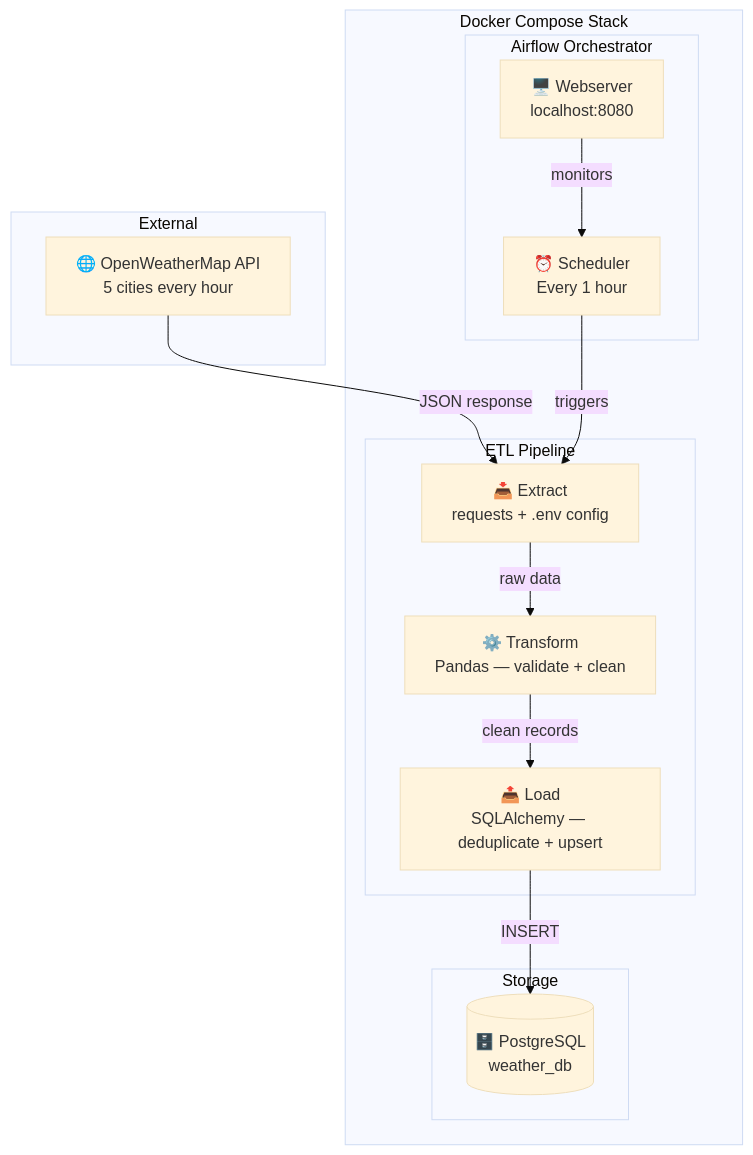
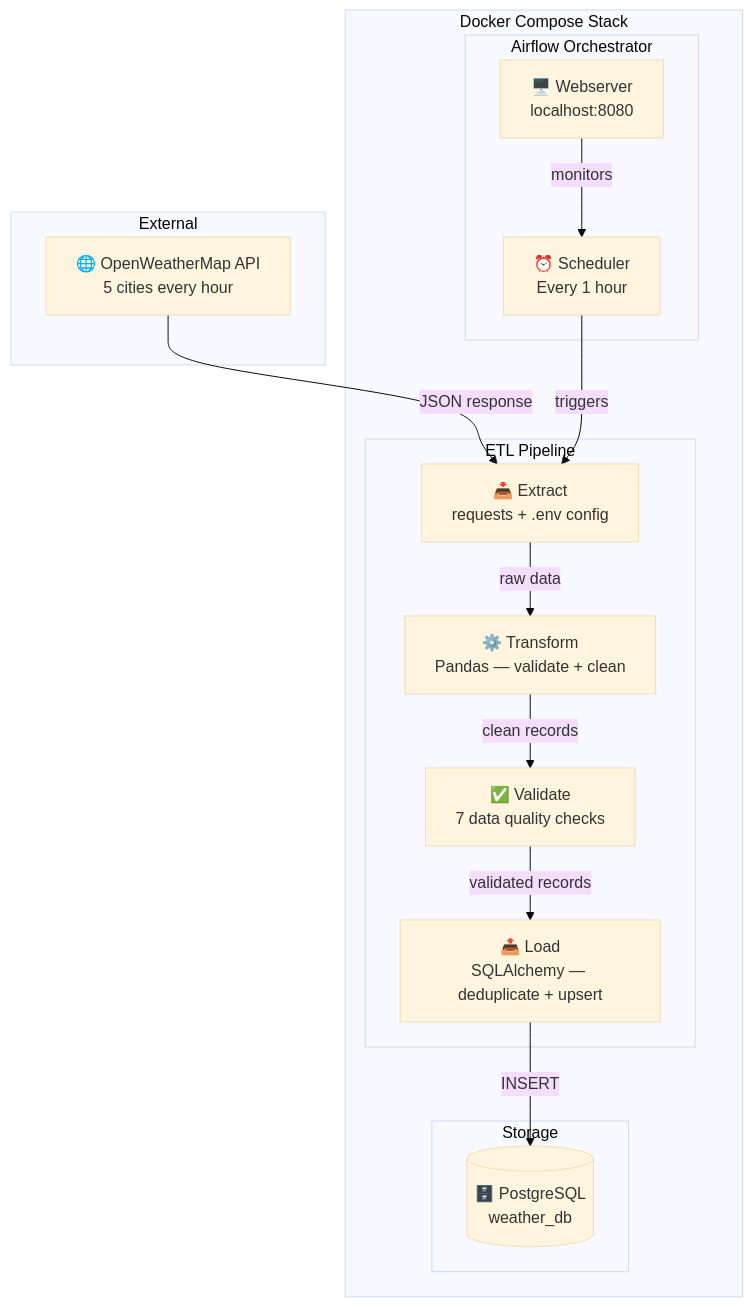
The diagram in README.md (OjongBessongNKONGHO/weather-etl-pipeline), drawn with Mermaid (base theme) before and after one commit. The commit also changed other lines of this file, not shown here.

Commit message:
docs: document data quality validation in README

````diff
--- a/README.md
+++ b/README.md
@@ -20,30 +20,32 @@
 ```mermaid
 flowchart TD
     subgraph External
         API[🌐 OpenWeatherMap API\n5 cities every hour]
     end
 
     subgraph Docker Compose Stack
         subgraph Airflow Orchestrator
             SCHED[⏰ Scheduler\nEvery 1 hour]
             WEB[🖥️ Webserver\nlocalhost:8080]
         end
 
         subgraph ETL Pipeline
             E[📥 Extract\nrequests + .env config]
             T[⚙️ Transform\nPandas — validate + clean]
+            V[✅ Validate\n7 data quality checks]
             L[📤 Load\nSQLAlchemy — deduplicate + upsert]
         end
 
         subgraph Storage
             DB[(🗄️ PostgreSQL\nweather_db)]
         end
     end
 
     API -->|JSON response| E
     SCHED -->|triggers| E
     E -->|raw data| T
-    T -->|clean records| L
+    T -->|clean records| V
+    V -->|validated records| L
     L -->|INSERT| DB
     WEB -->|monitors| SCHED
 ```
````
